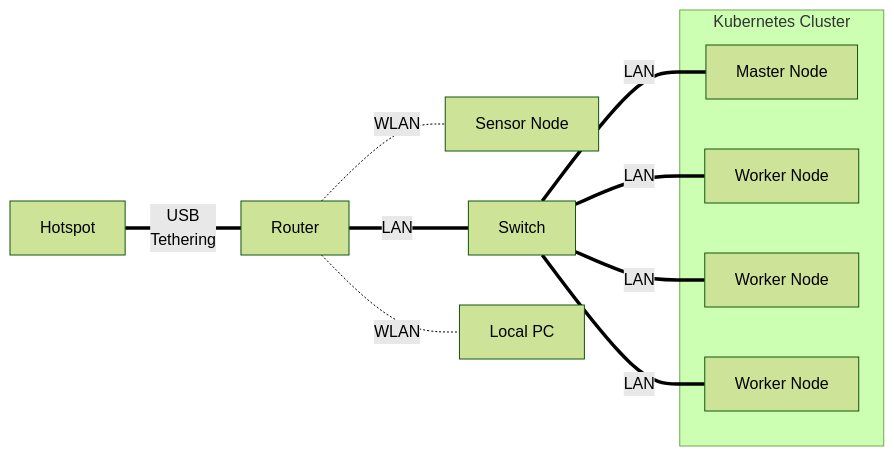
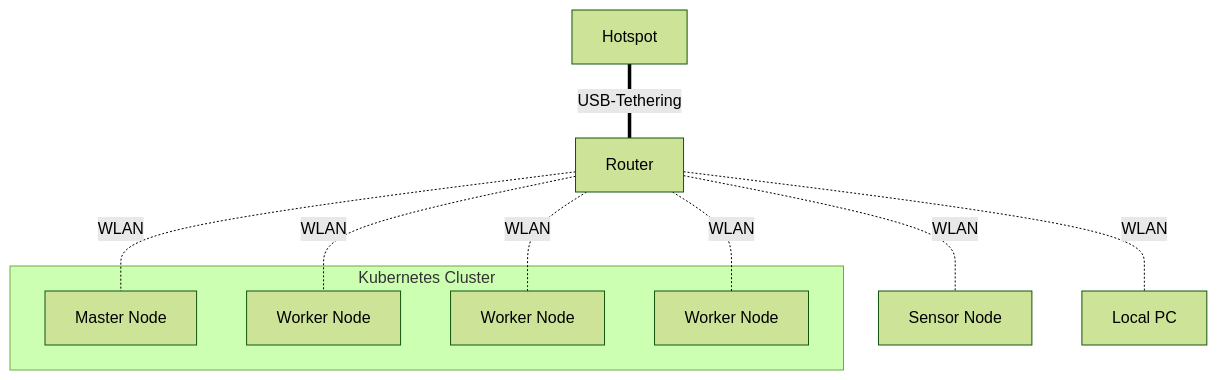
The first of 3 diagrams in docs/Group_2_SS23_ProjectReport.md (ccfrauasgr2/pet-detection), drawn with Mermaid (forest theme) before and after one commit. The commit also changed other lines of this file and 3 other files, not shown here.

````diff
--- a/docs/Group_2_SS23_ProjectReport.md
+++ b/docs/Group_2_SS23_ProjectReport.md
@@ -35,25 +35,22 @@
 ```mermaid
-flowchart LR
+flowchart TB
   hotspot[Hotspot]
   router[Router]
   sensornode[Sensor Node]
-  switch[Switch]
+  
 
 
 subgraph cluster[Kubernetes Cluster]
   master[Master Node]
   worker1[Worker Node]
   worker2[Worker Node]
   worker3[Worker Node]
 end  
   
   localpc[Local PC]
 
-  hotspot ==USB\nTethering=== router ==LAN=== switch ==LAN=== master
-  switch ==LAN=== worker1
-  switch ==LAN=== worker2
-  switch ==LAN=== worker3
-  router -. WLAN .- localpc & sensornode
+  hotspot ==USB-Tethering=== router
+  router -. WLAN .- localpc & sensornode & master & worker1 & worker2 & worker3
 
 
 ```
````
